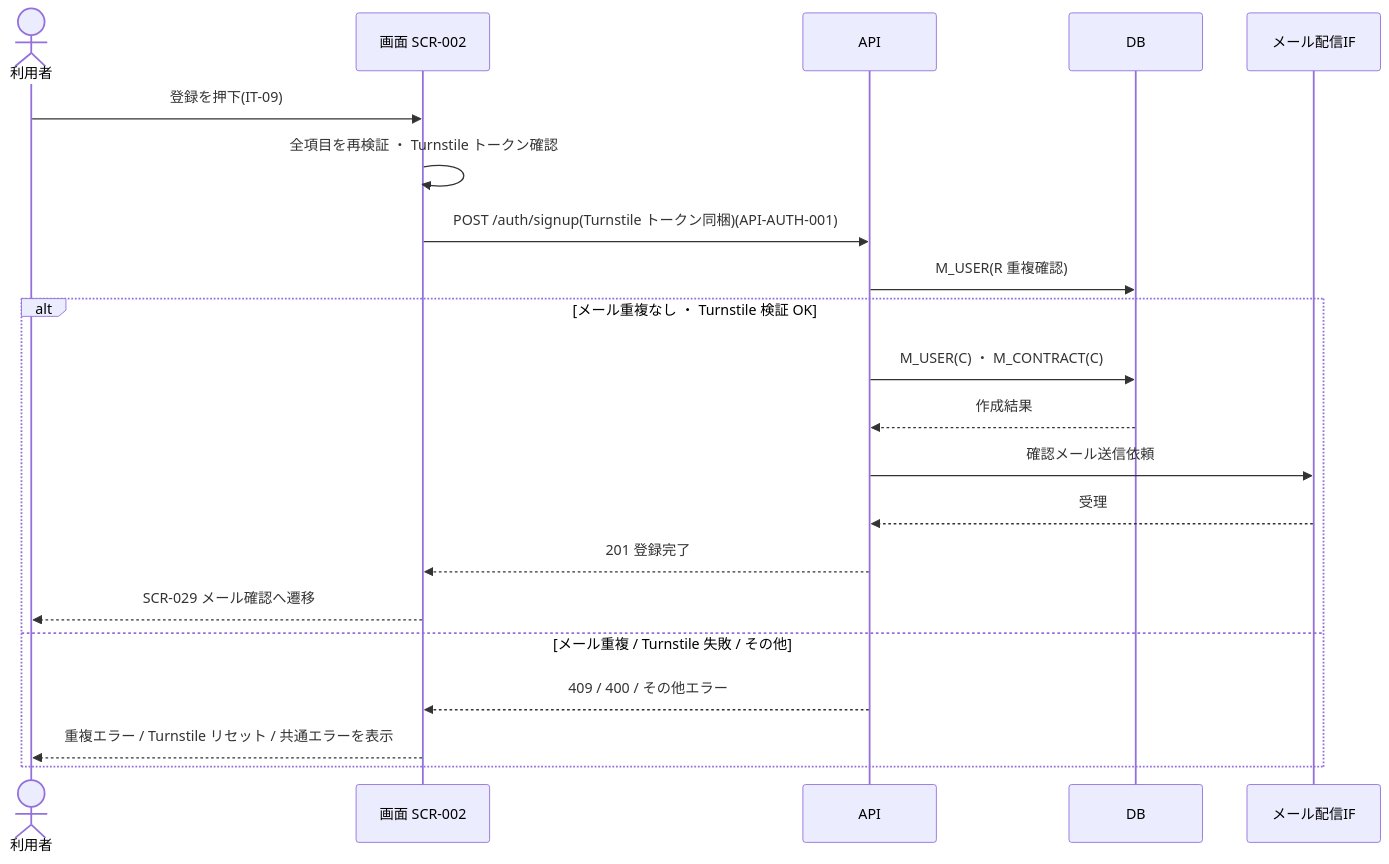
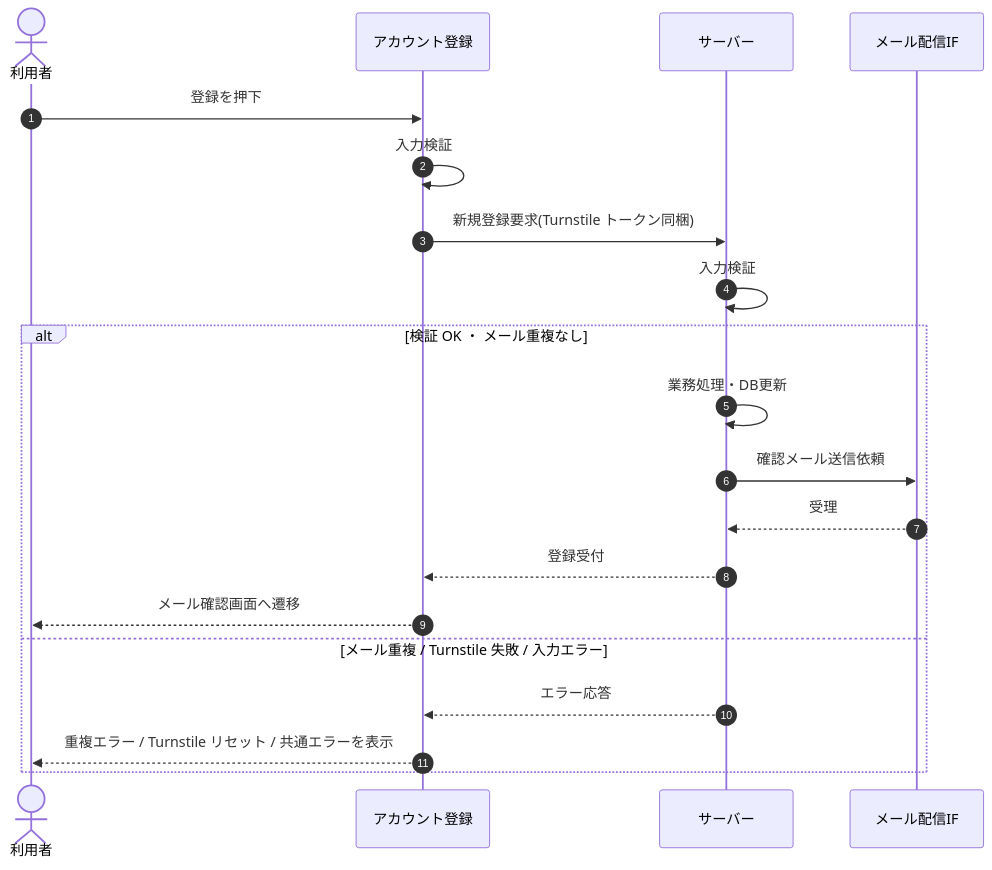
One commit to sikakou54/open-faq changed the diagram in 02_basic_design/05_sequences/SEQ-003.md. Above: the diagram before and after it, drawn with Mermaid. The commit also changed other lines of this file and 108 other files, not shown here.

First line of the commit message:
基本設計: シーケンス図を基本設計粒度(ユーザー/画面/サーバー)へ再編成

````diff
--- a/02_basic_design/05_sequences/SEQ-003.md
+++ b/02_basic_design/05_sequences/SEQ-003.md
@@ -25,23 +32,22 @@
 ```mermaid
 sequenceDiagram
+  autonumber
   actor U as 利用者
-  participant S as 画面 SCR-002
-  participant API as API
-  participant DB as DB
-  participant ML as メール配信IF
-  U->>S: 登録を押下(IT-09)
-  S->>S: 全項目を再検証 ・ Turnstile トークン確認
-  S->>API: POST /auth/signup(Turnstile トークン同梱)(API-AUTH-001)
-  API->>DB: M_USER(R 重複確認)
-  alt メール重複なし ・ Turnstile 検証 OK
-    API->>DB: M_USER(C) ・ M_CONTRACT(C)
-    DB-->>API: 作成結果
-    API->>ML: 確認メール送信依頼
-    ML-->>API: 受理
-    API-->>S: 201 登録完了
-    S-->>U: SCR-029 メール確認へ遷移
-  else メール重複 / Turnstile 失敗 / その他
-    API-->>S: 409 / 400 / その他エラー
-    S-->>U: 重複エラー / Turnstile リセット / 共通エラーを表示
+  participant Screen as アカウント登録
+  participant Server as サーバー
+  participant MAIL as メール配信IF
+  U->>Screen: 登録を押下
+  Screen->>Screen: 入力検証
+  Screen->>Server: 新規登録要求(Turnstile トークン同梱)
+  Server->>Server: 入力検証
+  alt 検証 OK ・ メール重複なし
+    Server->>Server: 業務処理・DB更新
+    Server->>MAIL: 確認メール送信依頼
+    MAIL-->>Server: 受理
+    Server-->>Screen: 登録受付
+    Screen-->>U: メール確認画面へ遷移
+  else メール重複 / Turnstile 失敗 / 入力エラー
+    Server-->>Screen: エラー応答
+    Screen-->>U: 重複エラー / Turnstile リセット / 共通エラーを表示
   end
 ```
````
